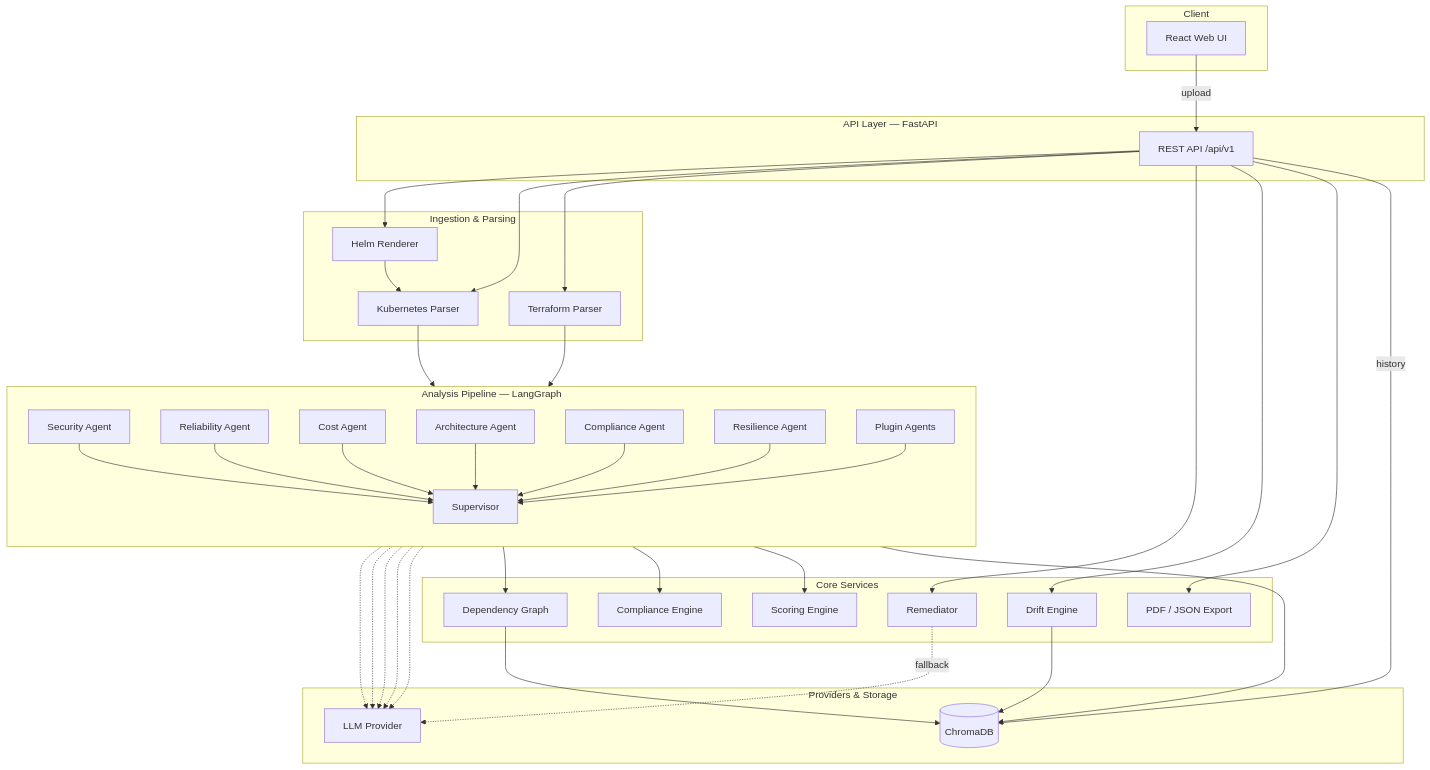
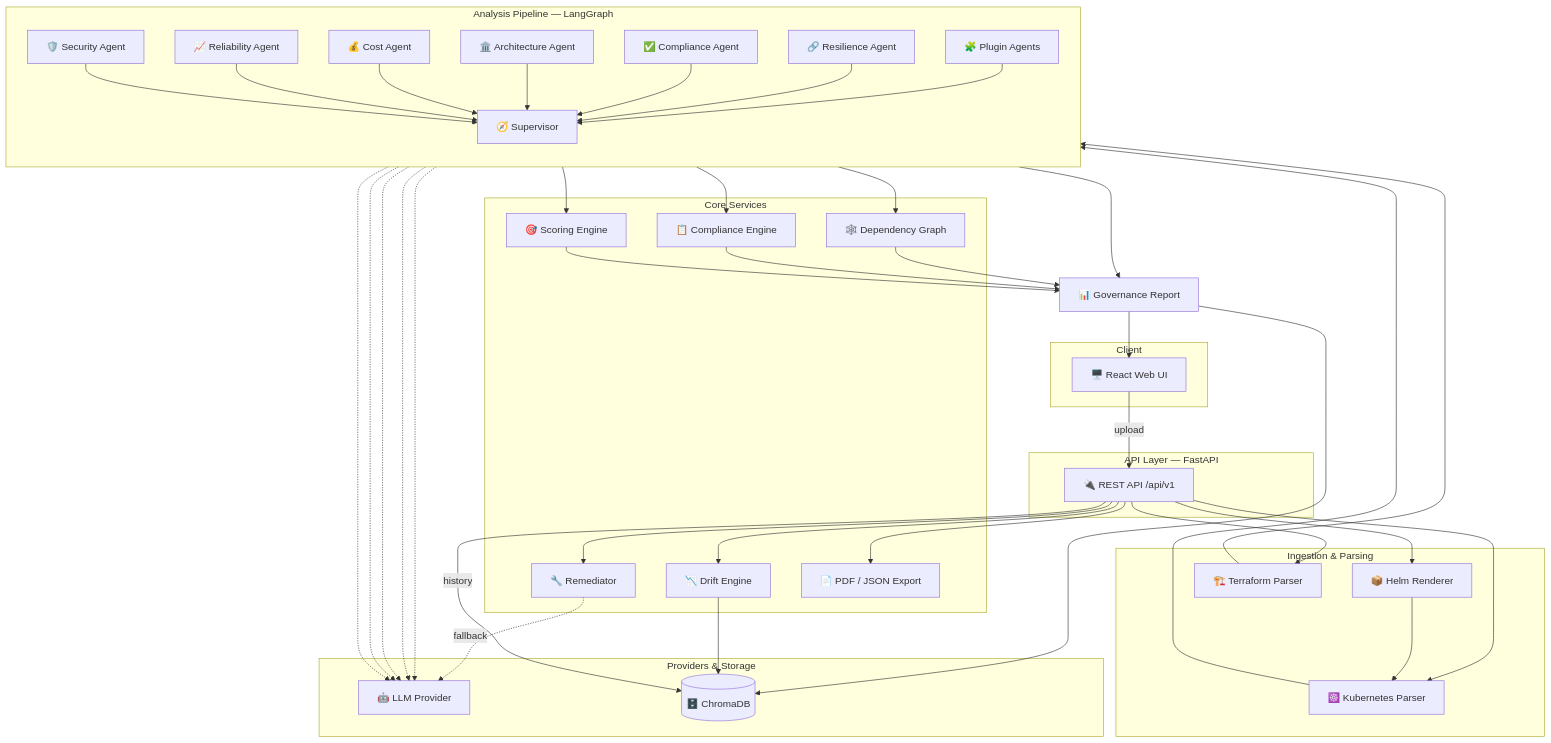
The first of 2 diagrams in README.md (bharathac5775/AI-Infrastructure-Governance-Architecture-Intelligence-Platform), drawn with Mermaid before and after one commit. The commit also changed other lines of this file, not shown here.

Commit message:
Enrich architecture: agent icons, output node, API sequence diagram
Add emoji icons back to the pipeline agents and all nodes (single-line labels,
so no GitHub clipping). Add a 'Governance Report' output node showing what the
user gets and where it flows (to the UI + ChromaDB). Add a 'What you get'
section listing the report contents (score, findings, graph, compliance,
architecture review, remediation, exports). Add an 'API request flow' sequence
diagram with the real GET/POST/DELETE calls and status codes. Both diagrams
validated with mermaid-cli.

````diff
--- a/README.md
+++ b/README.md
@@ -63,76 +63,82 @@
 ```mermaid
 flowchart TB
     subgraph client["Client"]
-        UI["React Web UI"]
+        UI["🖥️ React Web UI"]
     end
 
     subgraph api["API Layer — FastAPI"]
-        RT["REST API /api/v1"]
+        RT["🔌 REST API /api/v1"]
     end
 
     subgraph ingest["Ingestion &amp; Parsing"]
-        HELM["Helm Renderer"]
-        KP["Kubernetes Parser"]
-        TP["Terraform Parser"]
+        HELM["📦 Helm Renderer"]
+        KP["☸️ Kubernetes Parser"]
+        TP["🏗️ Terraform Parser"]
     end
 
     subgraph pipeline["Analysis Pipeline — LangGraph"]
         direction TB
-        SEC["Security Agent"]
-        REL["Reliability Agent"]
-        COST["Cost Agent"]
-        ARCH["Architecture Agent"]
-        COMP["Compliance Agent"]
-        RES["Resilience Agent"]
-        PLG["Plugin Agents"]
-        SUP["Supervisor"]
+        SEC["🛡️ Security Agent"]
+        REL["📈 Reliability Agent"]
+        COST["💰 Cost Agent"]
+        ARCH["🏛️ Architecture Agent"]
+        COMP["✅ Compliance Agent"]
+        RES["🔗 Resilience Agent"]
+        PLG["🧩 Plugin Agents"]
+        SUP["🧭 Supervisor"]
         SEC --> SUP
         REL --> SUP
         COST --> SUP
         ARCH --> SUP
         COMP --> SUP
         RES --> SUP
         PLG --> SUP
     end
 
     subgraph core["Core Services"]
-        GRAPH["Dependency Graph"]
-        CMPL["Compliance Engine"]
-        DRIFT["Drift Engine"]
-        SCORE["Scoring Engine"]
-        REM["Remediator"]
-        EXPORT["PDF / JSON Export"]
+        GRAPH["🕸️ Dependency Graph"]
+        CMPL["📋 Compliance Engine"]
+        DRIFT["📉 Drift Engine"]
+        SCORE["🎯 Scoring Engine"]
+        REM["🔧 Remediator"]
+        EXPORT["📄 PDF / JSON Export"]
     end
 
     subgraph ext["Providers &amp; Storage"]
-        LLM["LLM Provider"]
-        DB[("ChromaDB")]
+        LLM["🤖 LLM Provider"]
+        DB[("🗄️ ChromaDB")]
     end
+
+    OUT["📊 Governance Report"]
 
     UI -->|upload| RT
     RT --> HELM
     RT --> KP
     RT --> TP
     HELM --> KP
     KP --> pipeline
     TP --> pipeline
 
     SEC -.-> LLM
     REL -.-> LLM
     COST -.-> LLM
     ARCH -.-> LLM
     COMP -.-> LLM
 
     SUP --> GRAPH
     SUP --> CMPL
     SUP --> SCORE
-    SUP --> DB
+    SUP --> OUT
+    GRAPH --> OUT
+    CMPL --> OUT
+    SCORE --> OUT
+    OUT --> DB
 
     RT --> REM
     RT --> DRIFT
     RT --> EXPORT
     REM -.->|fallback| LLM
+    OUT --> UI
     DRIFT --> DB
-    GRAPH --> DB
     RT -->|history| DB
 ```
````
